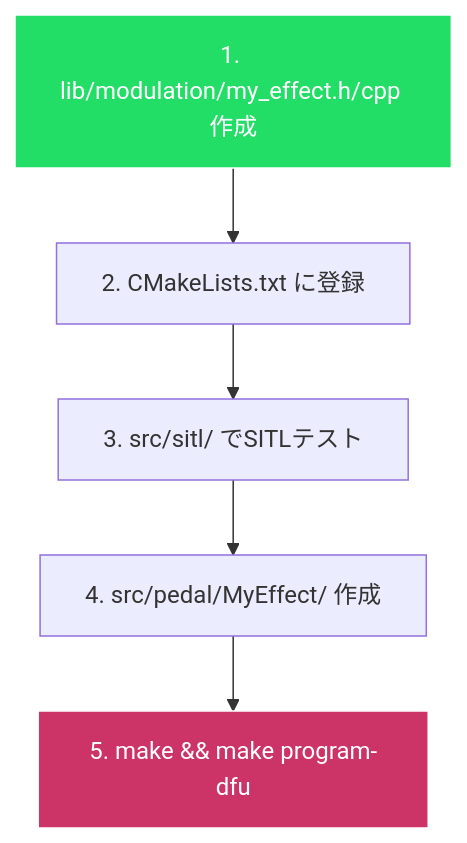
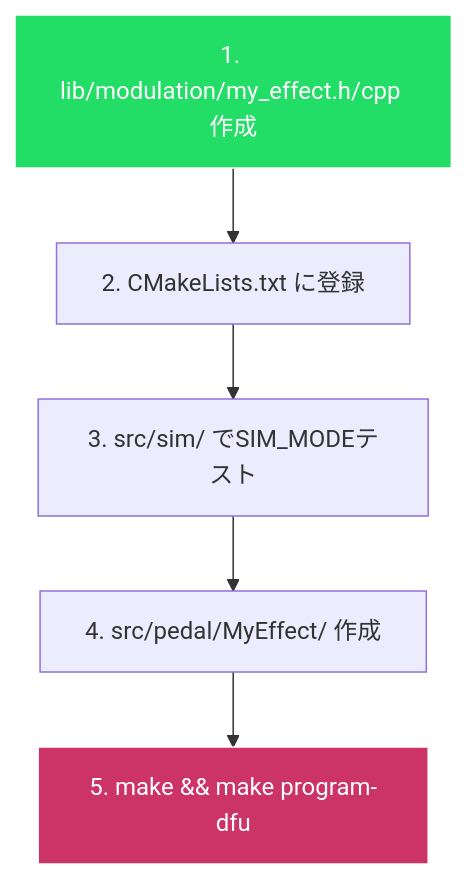
Before and after one commit to hiroyuki-s1/daisy_sim: the sixth of 7 diagrams in README.md, drawn with Mermaid. The commit also changed other lines of this file and 241 other files, not shown here.

First line of the commit message:
Rename build modes: SITL→SIM_MODE, HATL→BENCH_MODE, FIRMWARE→PEDAL_MODE

````diff
--- a/README.md
+++ b/README.md
@@ -303,10 +303,10 @@
 ```mermaid
 flowchart TB
     A["1. lib/modulation/my_effect.h/cpp 作成"] --> B["2. CMakeLists.txt に登録"]
-    B --> C["3. src/sitl/ でSITLテスト"]
+    B --> C["3. src/sim/ でSIM_MODEテスト"]
     C --> D["4. src/pedal/MyEffect/ 作成"]
     D --> E["5. make && make program-dfu"]
 
     style A fill:#2d6,stroke:#fff,color:#fff
     style E fill:#c36,stroke:#fff,color:#fff
 ```
````
